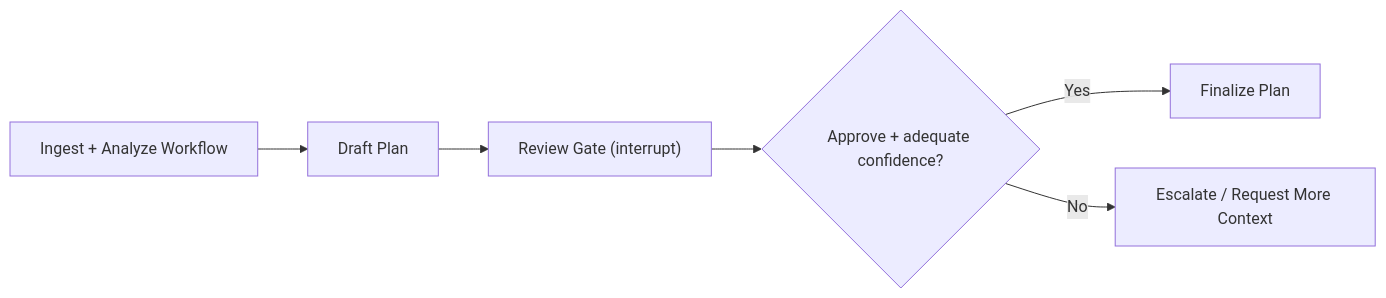
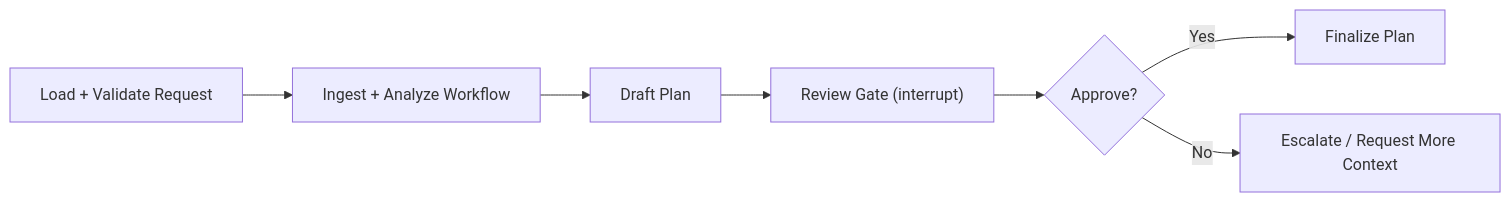
The diagram in README.md (errusch/agent-deployment-readiness-lab), drawn with Mermaid before and after one commit. The commit also changed other lines of this file and 20 other files, not shown here.

````diff
--- a/README.md
+++ b/README.md
@@ -70,8 +84,9 @@
 ```mermaid
 flowchart LR
-    A["Ingest + Analyze Workflow"] --> B["Draft Plan"]
-    B --> C["Review Gate (interrupt)"]
-    C --> D{"Approve + adequate confidence?"}
-    D -->|Yes| E["Finalize Plan"]
-    D -->|No| F["Escalate / Request More Context"]
+    A["Load + Validate Request"] --> B["Ingest + Analyze Workflow"]
+    B --> C["Draft Plan"]
+    C --> D["Review Gate (interrupt)"]
+    D --> E{"Approve?"}
+    E -->|Yes| F["Finalize Plan"]
+    E -->|No| G["Escalate / Request More Context"]
 ```
````
